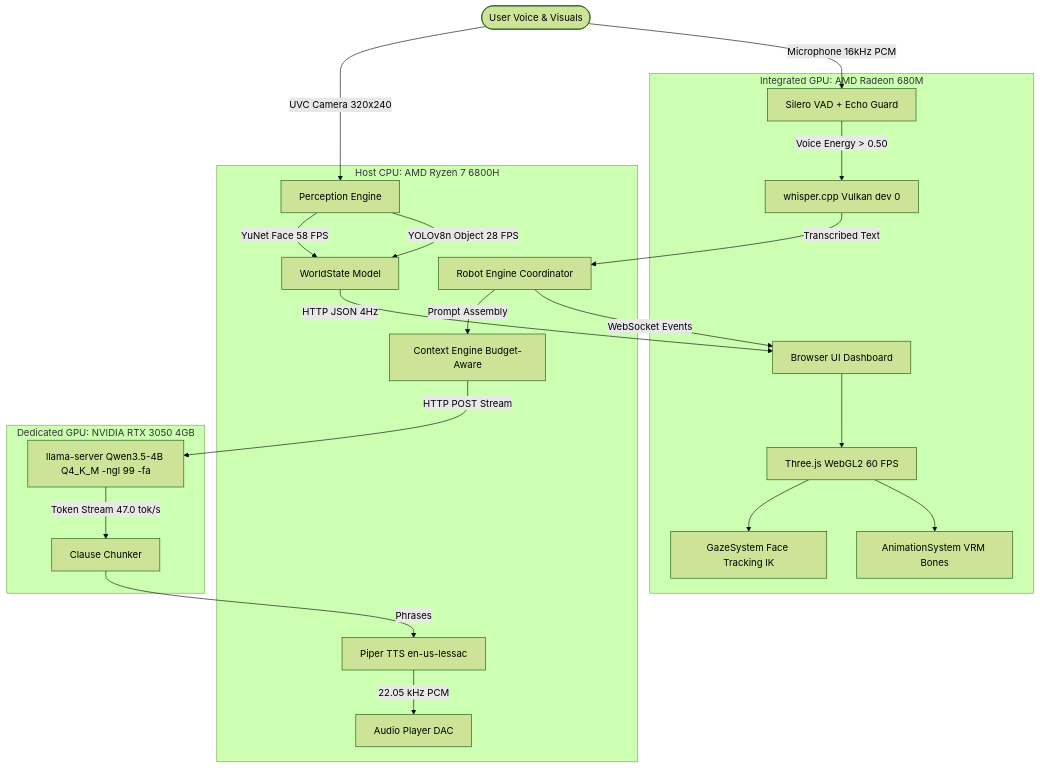
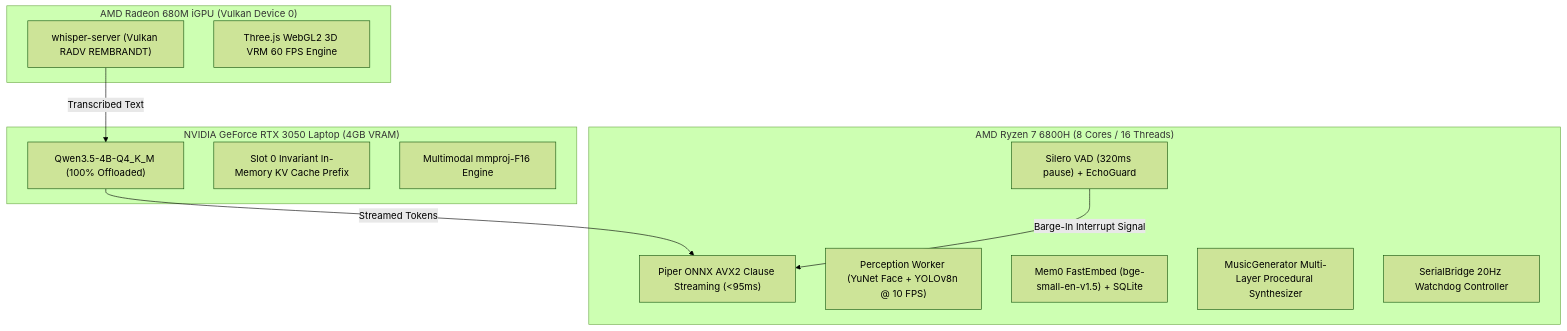
The diagram in docs/BENCHMARK_REPORT.md (ameyasharma-ai/robot), drawn with Mermaid (forest theme) before and after one commit. The commit also changed other lines of this file and 41 other files, not shown here.

````diff
--- a/docs/BENCHMARK_REPORT.md
+++ b/docs/BENCHMARK_REPORT.md
@@ -27,29 +35,26 @@
 ```mermaid
 graph TD
-    User([User Voice & Visuals]) -->|UVC Camera 320x240| Vision[Perception Engine]
-    User -->|Microphone 16kHz PCM| VAD[Silero VAD + Echo Guard]
-    
-    subgraph Integrated GPU: AMD Radeon 680M
-        VAD -->|Voice Energy > 0.50| Whisper[whisper.cpp Vulkan dev 0]
-        BrowserHUD[Browser UI Dashboard] --> ThreeJS[Three.js WebGL2 60 FPS]
-        ThreeJS --> Gaze[GazeSystem Face Tracking IK]
-        ThreeJS --> Anim[AnimationSystem VRM Bones]
+    subgraph RTX3050 ["NVIDIA GeForce RTX 3050 Laptop (4GB VRAM)"]
+        LLM["Qwen3.5-4B-Q4_K_M (100% Offloaded)"]
+        KV["Slot 0 Invariant In-Memory KV Cache Prefix"]
+        MM["Multimodal mmproj-F16 Engine"]
     end
-    
-    subgraph Host CPU: AMD Ryzen 7 6800H
-        Vision -->|YuNet Face 58 FPS| WS[WorldState Model]
-        Vision -->|YOLOv8n Object 28 FPS| WS
-        Whisper -->|Transcribed Text| Core[Robot Engine Coordinator]
-        Core -->|Prompt Assembly| Context[Context Engine Budget-Aware]
-        TTS_Piper[Piper TTS en-us-lessac] -->|22.05 kHz PCM| AudioOut[Audio Player DAC]
+
+    subgraph AMD680M ["AMD Radeon 680M iGPU (Vulkan Device 0)"]
+        STT["whisper-server (Vulkan RADV REMBRANDT)"]
+        UI_RENDER["Three.js WebGL2 3D VRM 60 FPS Engine"]
     end
-    
-    subgraph Dedicated GPU: NVIDIA RTX 3050 4GB
-        Context -->|HTTP POST Stream| LlamaServer[llama-server Qwen3.5-4B Q4_K_M -ngl 99 -fa]
-        LlamaServer -->|Token Stream 47.0 tok/s| Chunk[Clause Chunker]
+
+    subgraph CPU ["AMD Ryzen 7 6800H (8 Cores / 16 Threads)"]
+        TTS["Piper ONNX AVX2 Clause Streaming (<95ms)"]
+        VAD["Silero VAD (320ms pause) + EchoGuard"]
+        VIS["Perception Worker (YuNet Face + YOLOv8n @ 10 FPS)"]
+        MEM["Mem0 FastEmbed (bge-small-en-v1.5) + SQLite"]
+        SYNTH["MusicGenerator Multi-Layer Procedural Synthesizer"]
+        SERIAL["SerialBridge 20Hz Watchdog Controller"]
     end
-    
-    Chunk -->|Phrases| TTS_Piper
-    WS -->|HTTP JSON 4Hz| BrowserHUD
-    Core -->|WebSocket Events| BrowserHUD
+
+    STT -->|Transcribed Text| LLM
+    LLM -->|Streamed Tokens| TTS
+    VAD -->|Barge-In Interrupt Signal| TTS
 ```
````
